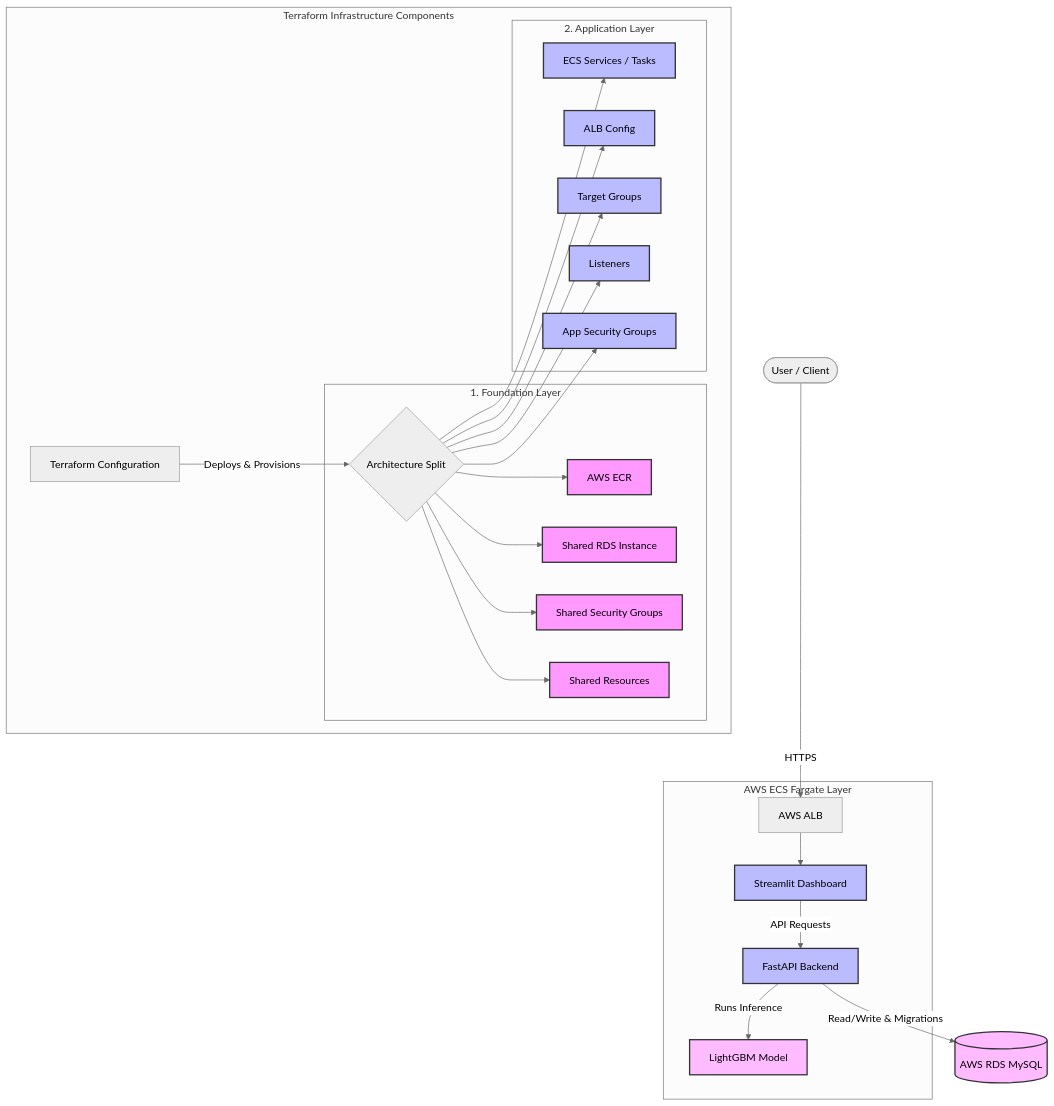
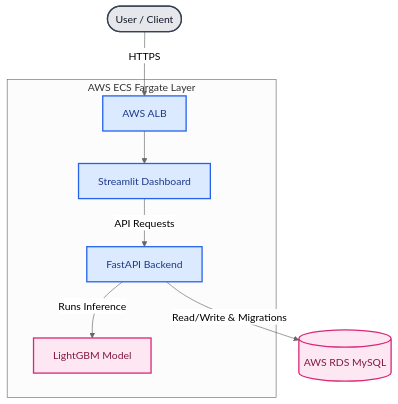
The first of 2 diagrams in README.md (LexaBeni/fraud-detection-platform), drawn with Mermaid (neutral theme) before and after one commit. The commit also changed other lines of this file, not shown here.

Commit message:
Revise README.md for clarity and structure
Updated the README.md to enhance clarity and organization, including improved formatting and additional details on architecture and Terraform infrastructure.

````diff
--- a/README.md
+++ b/README.md
@@ -31,47 +32,22 @@
 ```mermaid
 graph TD
-    %% Define Styles
-    classDef infra fill:#f9f,stroke:#333,stroke-width:2px;
-    classDef app fill:#bbf,stroke:#333,stroke-width:2px;
-    classDef data fill:#fbf,stroke:#333,stroke-width:2px;
+    %% Custom styling for contrast and text visibility
+    classDef client fill:#E5E7EB,stroke:#374151,stroke-width:2px,color:#111827;
+    classDef app fill:#DBEAFE,stroke:#2563EB,stroke-width:2px,color:#1E3A8A;
+    classDef data fill:#FCE7F3,stroke:#DB2777,stroke-width:2px,color:#831843;
 
-    %% Main Client Entry
     User([User / Client]) --> |HTTPS| ALB[AWS ALB]
 
-    %% Application Layer (ECS Fargate)
     subgraph ECS [AWS ECS Fargate Layer]
         ALB --> Streamlit[Streamlit Dashboard]
         Streamlit -->|API Requests| FastAPI[FastAPI Backend]
-        
-        %% Model Split
         FastAPI -->|Runs Inference| LightXGB[LightGBM Model]
     end
 
-    %% Data Layer
     FastAPI -->|Read/Write & Migrations| RDS[(AWS RDS MySQL)]
 
-    %% Terraform Split & Architecture
-    subgraph IaC [Terraform Infrastructure Components]
-        TF[Terraform Configuration] -->|Deploys & Provisions| Split{Architecture Split}
-        
-        subgraph Found [1. Foundation Layer]
-            Split --> ECR[AWS ECR]
-            Split --> SharedRDS[Shared RDS Instance]
-            Split --> SecGroup[Shared Security Groups]
-            Split --> Res[Shared Resources]
-        end
-        
-        subgraph AppLayer [2. Application Layer]
-            Split --> AppECS[ECS Services / Tasks]
-            Split --> AppALB[ALB Config]
-            Split --> TG[Target Groups]
-            Split --> List[Listeners]
-            Split --> AppSG[App Security Groups]
-        end
-    end
-
-    %% Apply Classes for visual grouping
-    class ECR,SharedRDS,SecGroup,Res infra;
-    class Streamlit,FastAPI,AppECS,AppALB,TG,List,AppSG app;
+    %% Apply visibility styles
+    class User client;
+    class ALB,Streamlit,FastAPI app;
     class LightXGB,RDS data;
 ```
````
